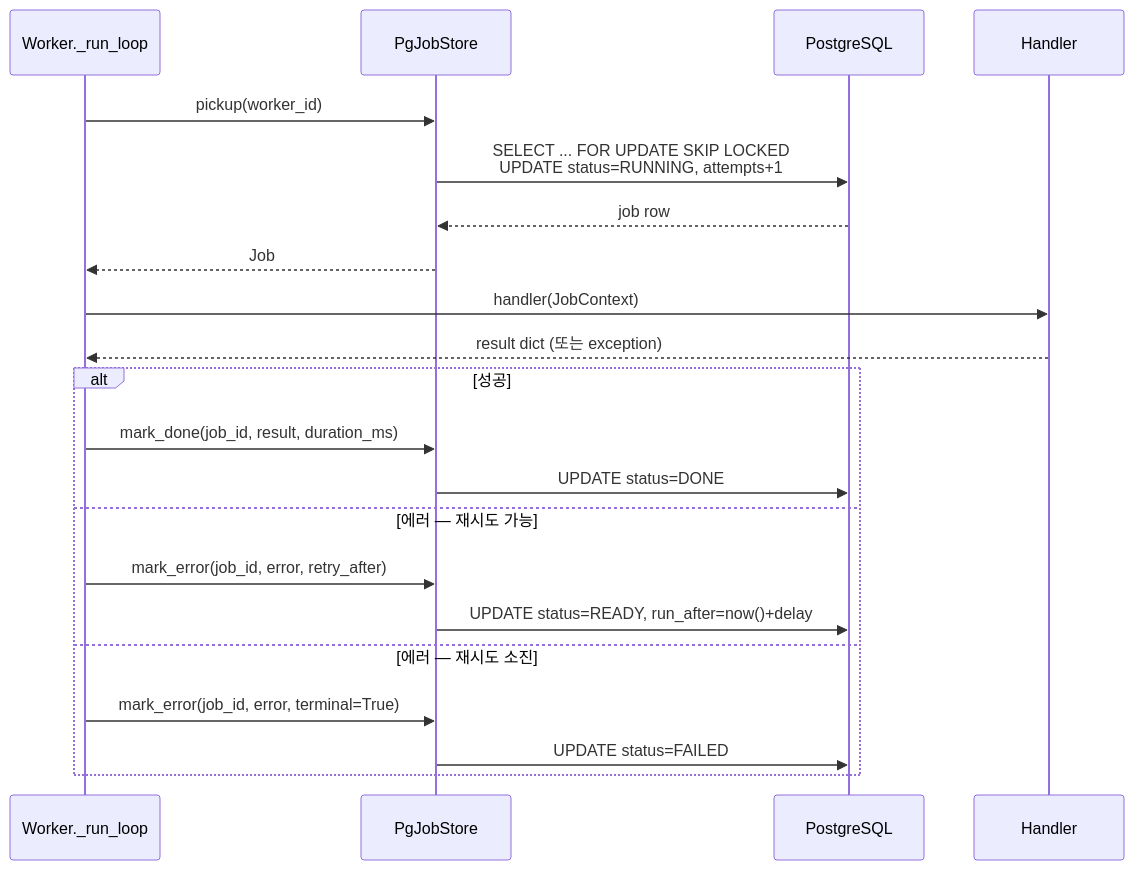
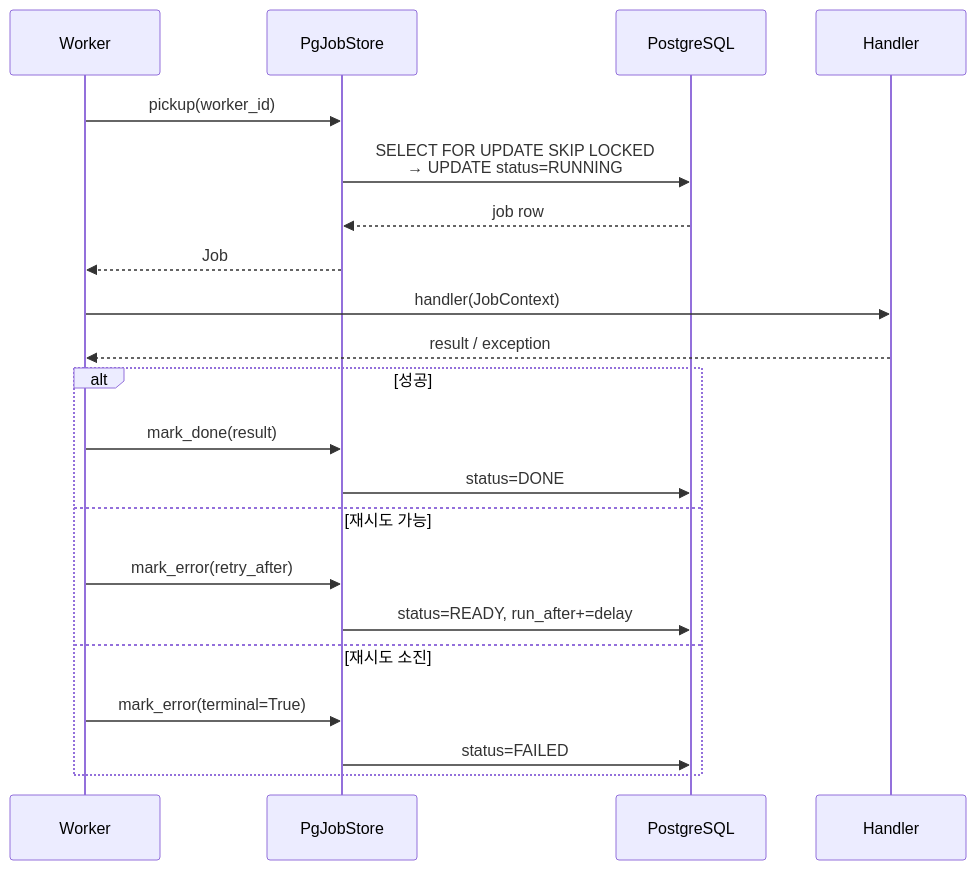
The fourth of 8 diagrams in docs/developer/architecture.md (changhyeon363/pqrun), drawn with Mermaid before and after one commit. The commit also changed other lines of this file and 9 other files, not shown here.

````diff
--- a/docs/developer/architecture.md
+++ b/docs/developer/architecture.md
@@ -100,26 +98,26 @@
 ```mermaid
 sequenceDiagram
-    participant W as Worker._run_loop
+    participant W as Worker
     participant S as PgJobStore
     participant DB as PostgreSQL
     participant H as Handler
 
     W->>S: pickup(worker_id)
-    S->>DB: SELECT ... FOR UPDATE SKIP LOCKED<br/>UPDATE status=RUNNING, attempts+1
+    S->>DB: SELECT FOR UPDATE SKIP LOCKED<br/>→ UPDATE status=RUNNING
     DB-->>S: job row
     S-->>W: Job
 
     W->>H: handler(JobContext)
-    H-->>W: result dict (또는 exception)
+    H-->>W: result / exception
 
     alt 성공
-        W->>S: mark_done(job_id, result, duration_ms)
-        S->>DB: UPDATE status=DONE
-    else 에러 — 재시도 가능
-        W->>S: mark_error(job_id, error, retry_after)
-        S->>DB: UPDATE status=READY, run_after=now()+delay
-    else 에러 — 재시도 소진
-        W->>S: mark_error(job_id, error, terminal=True)
-        S->>DB: UPDATE status=FAILED
+        W->>S: mark_done(result)
+        S->>DB: status=DONE
+    else 재시도 가능
+        W->>S: mark_error(retry_after)
+        S->>DB: status=READY, run_after+=delay
+    else 재시도 소진
+        W->>S: mark_error(terminal=True)
+        S->>DB: status=FAILED
     end
 ```
````
